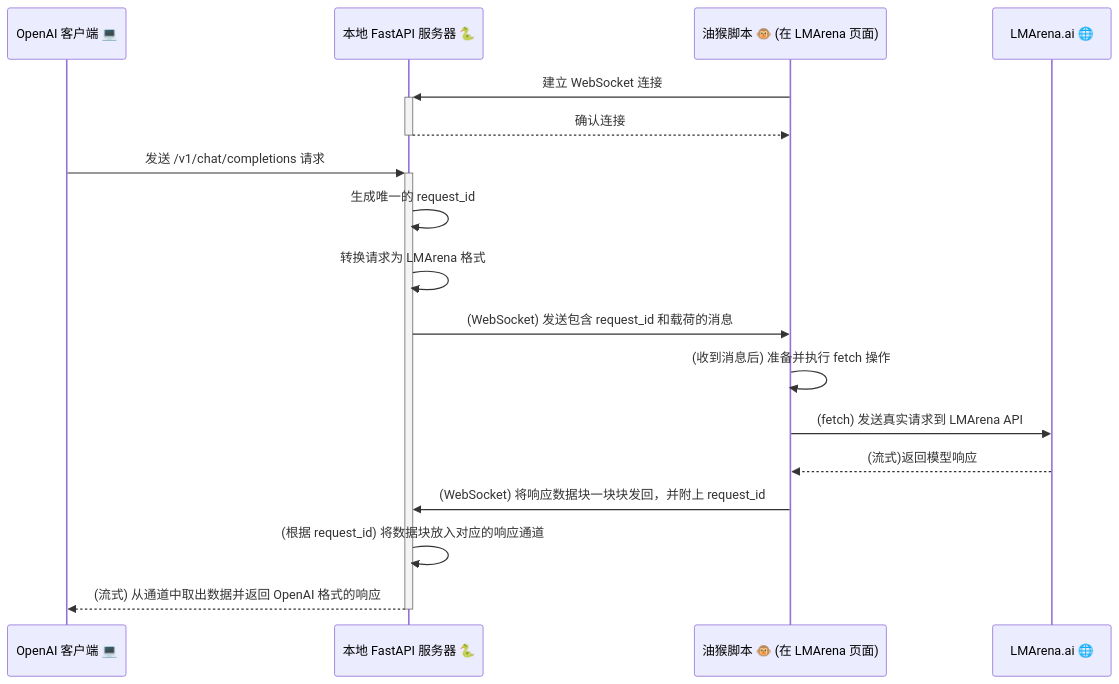
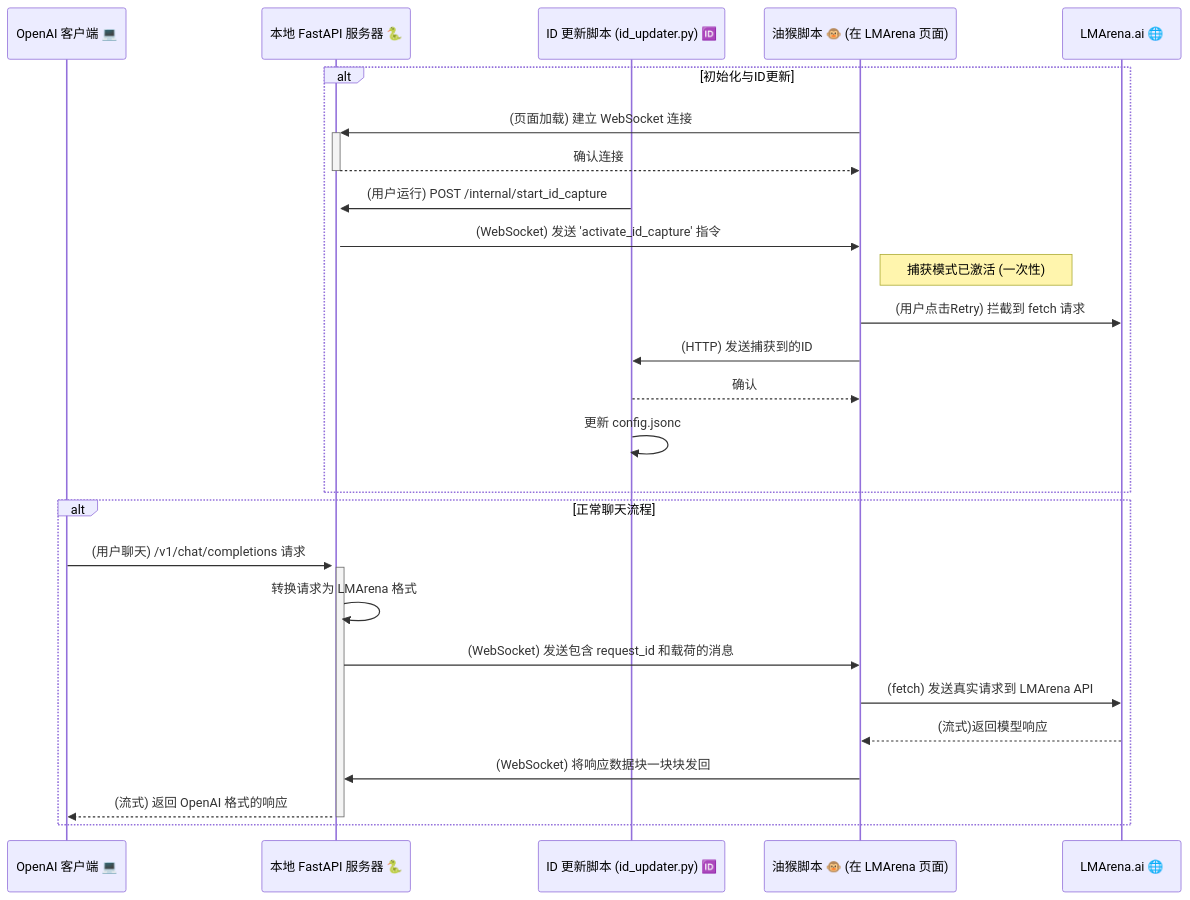
The diagram in README.md (sergss/LMArenaBridge), drawn with Mermaid before and after one commit. The commit also changed other lines of this file, not shown here.

Commit message:
更新readme

````diff
--- a/README.md
+++ b/README.md
@@ -89,23 +94,30 @@
 ```mermaid
 sequenceDiagram
     participant C as OpenAI 客户端 💻
     participant S as 本地 FastAPI 服务器 🐍
+    participant U as ID 更新脚本 (id_updater.py) 🆔
     participant T as 油猴脚本 🐵 (在 LMArena 页面)
     participant L as LMArena.ai 🌐
 
-    T->>+S: 建立 WebSocket 连接
-    S-->>-T: 确认连接
+    alt 初始化与ID更新
+        T->>+S: (页面加载) 建立 WebSocket 连接
+        S-->>-T: 确认连接
+        U->>+S: (用户运行) POST /internal/start_id_capture
+        S->>T: (WebSocket) 发送 'activate_id_capture' 指令
+        Note right of T: 捕获模式已激活 (一次性)
+        T->>L: (用户点击Retry) 拦截到 fetch 请求
+        T->>U: (HTTP) 发送捕获到的ID
+        U-->>T: 确认
+        U->>U: 更新 config.jsonc
+    end
 
-    C->>+S: 发送 /v1/chat/completions 请求
-    S->>S: 生成唯一的 request_id
-    S->>S: 转换请求为 LMArena 格式
-    S->>T: (WebSocket) 发送包含 request_id 和载荷的消息
-    
-    T->>T: (收到消息后) 准备并执行 fetch 操作
-    T->>L: (fetch) 发送真实请求到 LMArena API
-    L-->>T: (流式)返回模型响应
-    
-    T->>S: (WebSocket) 将响应数据块一块块发回，并附上 request_id
-    S->>S: (根据 request_id) 将数据块放入对应的响应通道
-    S-->>-C: (流式) 从通道中取出数据并返回 OpenAI 格式的响应
+    alt 正常聊天流程
+        C->>+S: (用户聊天) /v1/chat/completions 请求
+        S->>S: 转换请求为 LMArena 格式
+        S->>T: (WebSocket) 发送包含 request_id 和载荷的消息
+        T->>L: (fetch) 发送真实请求到 LMArena API
+        L-->>T: (流式)返回模型响应
+        T->>S: (WebSocket) 将响应数据块一块块发回
+        S-->>-C: (流式) 返回 OpenAI 格式的响应
+    end
 ```
````
